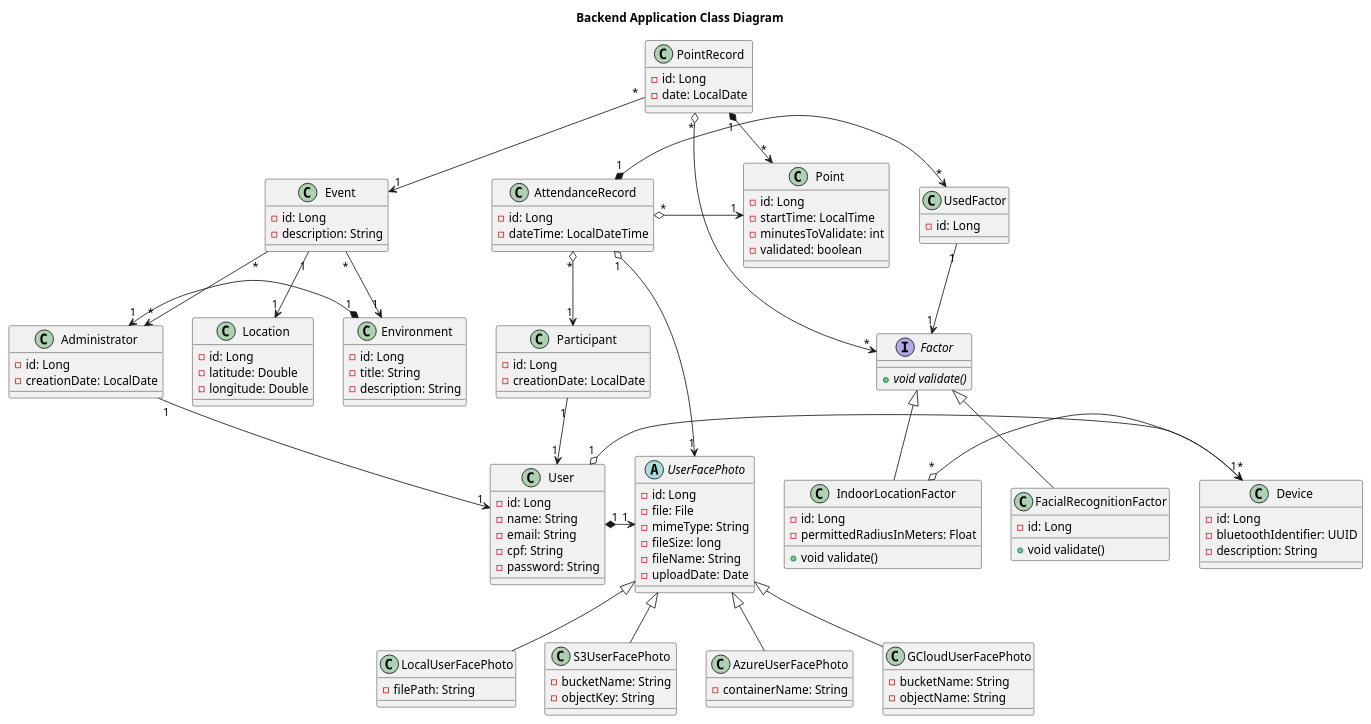
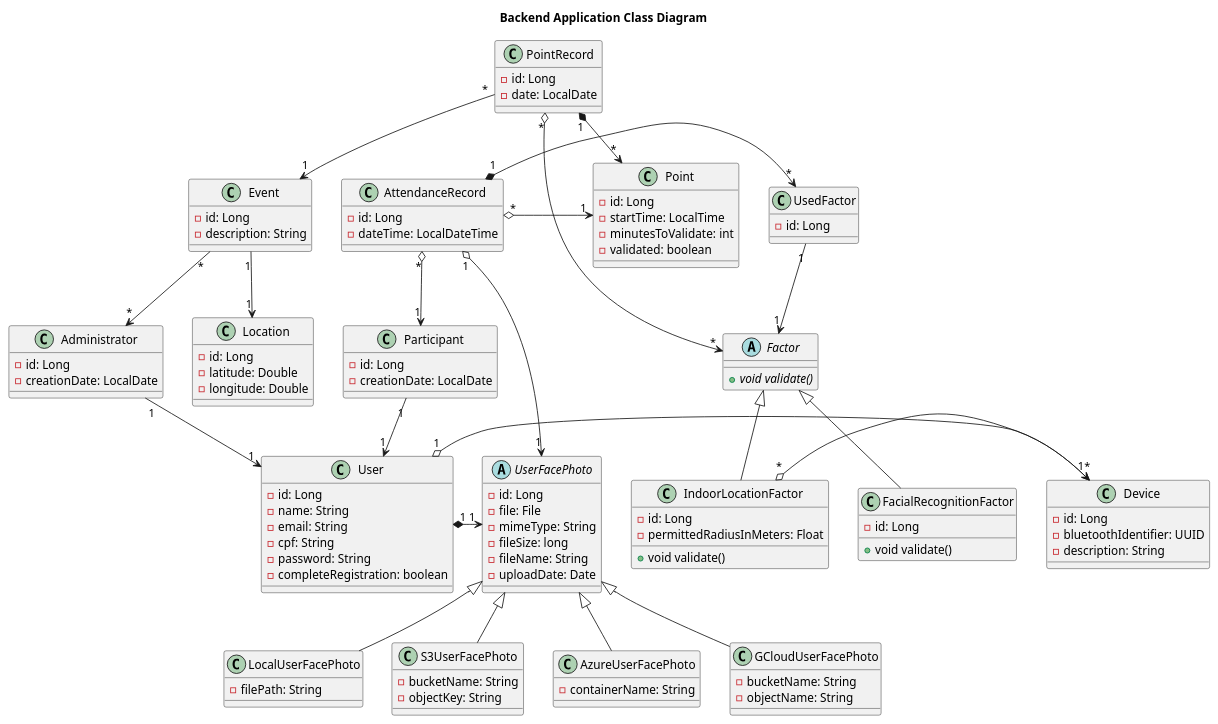
One commit to luan-coelho/faceverify changed the diagram in backend/diagram-class.plantuml. Above: the diagram before and after it, drawn with PlantUML. The commit also changed 12 other files, not shown here.

```diff
--- a/backend/diagram-class.plantuml
+++ b/backend/diagram-class.plantuml
@@ -1,141 +1,134 @@
 @startuml
 title Backend Application Class Diagram
 
 class User {
     - id: Long
     - name: String
     - email: String
     - cpf: String
     - password: String
+    - completeRegistration: boolean
 }
 
 class Administrator {
     - id: Long
     - creationDate: LocalDate
 }
 
 class Participant {
     - id: Long
     - creationDate: LocalDate
 }
 
 class Device {
     - id: Long
     - bluetoothIdentifier: UUID
     - description: String
 }
 
 abstract class UserFacePhoto {
     - id: Long
     - file: File
     - mimeType: String
     - fileSize: long
     - fileName: String
     - uploadDate: Date
 }
 
 class UsedFactor {
      - id: Long
 }
 
 class LocalUserFacePhoto {
     - filePath: String
 }
 
 class S3UserFacePhoto {
     - bucketName: String
     - objectKey: String
 }
 
 class AzureUserFacePhoto {
     - containerName: String
 }
 
 class GCloudUserFacePhoto {
     - bucketName: String
     - objectName: String
 }
 
-class Environment {
-    - id: Long
-    - title: String
-    - description: String
-}
-
 class Event {
     - id: Long
     - description: String
 }
 
 class Location {
     - id: Long
     - latitude: Double
     - longitude: Double
 }
 
 
 class PointRecord {
     - id: Long
     - date: LocalDate
 }
 
 class Point {
     - id: Long
     - startTime: LocalTime
     - minutesToValidate: int
     - validated: boolean
 }
 
 class AttendanceRecord {
     - id: Long
     - dateTime: LocalDateTime
 }
 
-interface Factor {
+abstract class Factor {
     + void {abstract} validate()
 }
 
 class FacialRecognitionFactor {
     - id: Long
     + void validate()
 }
 
 class IndoorLocationFactor {
     - id: Long
     - permittedRadiusInMeters: Float
     + void validate()
 }
 
 PointRecord "*" --> "1" Event
-Event "*" --> "1" Environment
-Environment "1" *-> "1" Administrator
 Event "*" --> "*" Administrator
 Event "1" --> "1" Location
 
 PointRecord "1" *-> "*" Point
 PointRecord "*" o-> "*" Factor
 
 AttendanceRecord "*" o-> "1" Participant
 AttendanceRecord "*" o-> "1" Point
 AttendanceRecord "1" o-> "1" UserFacePhoto
 
 Factor <|-- FacialRecognitionFactor
 Factor <|-- IndoorLocationFactor
 
 IndoorLocationFactor "*" o-> "1" Device
 
 User "1" o-> "*" Device
 User "1" *-> "1" UserFacePhoto
 
 AttendanceRecord "1" *-> "*" UsedFactor
 UsedFactor "1" --> "1" Factor
 
 Administrator "1" --> "1" User
 Participant "1" --> "1" User
 
 UserFacePhoto <|-- LocalUserFacePhoto
 UserFacePhoto <|-- S3UserFacePhoto
 UserFacePhoto <|-- AzureUserFacePhoto
 UserFacePhoto <|-- GCloudUserFacePhoto
 
 @enduml
```
